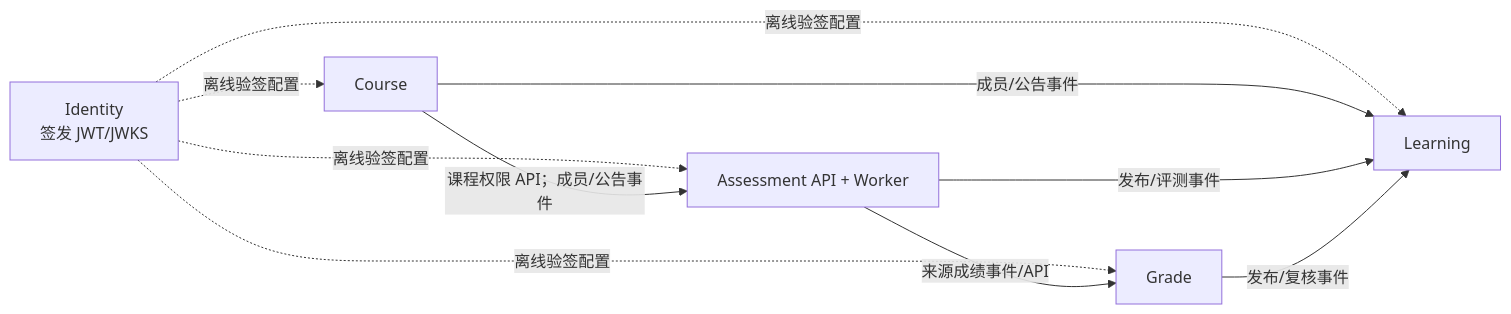
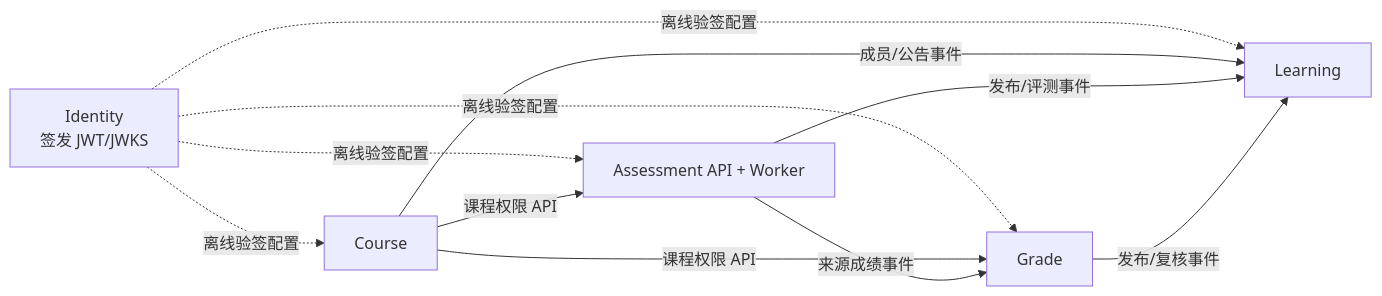
One commit to Cr4zyorange/OnlineJudge changed the diagram in docs/adr/ADR-006-五业务服务与可靠消息契约.md. Above: the diagram before and after it, drawn with Mermaid. The commit also changed other lines of this file and 26 other files, not shown here.

````diff
--- a/docs/adr/ADR-006-五业务服务与可靠消息契约.md
+++ b/docs/adr/ADR-006-五业务服务与可靠消息契约.md
@@ -26,12 +26,13 @@
 ```mermaid
 flowchart LR
   I[Identity\n签发 JWT/JWKS] -. 离线验签配置 .-> C[Course]
   I -. 离线验签配置 .-> A[Assessment API + Worker]
   I -. 离线验签配置 .-> G[Grade]
   I -. 离线验签配置 .-> L[Learning]
-  C -->|课程权限 API；成员/公告事件| A
-  A -->|来源成绩事件/API| G
+  C -->|课程权限 API| A
+  C -->|课程权限 API| G
+  A -->|来源成绩事件| G
   C -->|成员/公告事件| L
   A -->|发布/评测事件| L
   G -->|发布/复核事件| L
 ```
````
